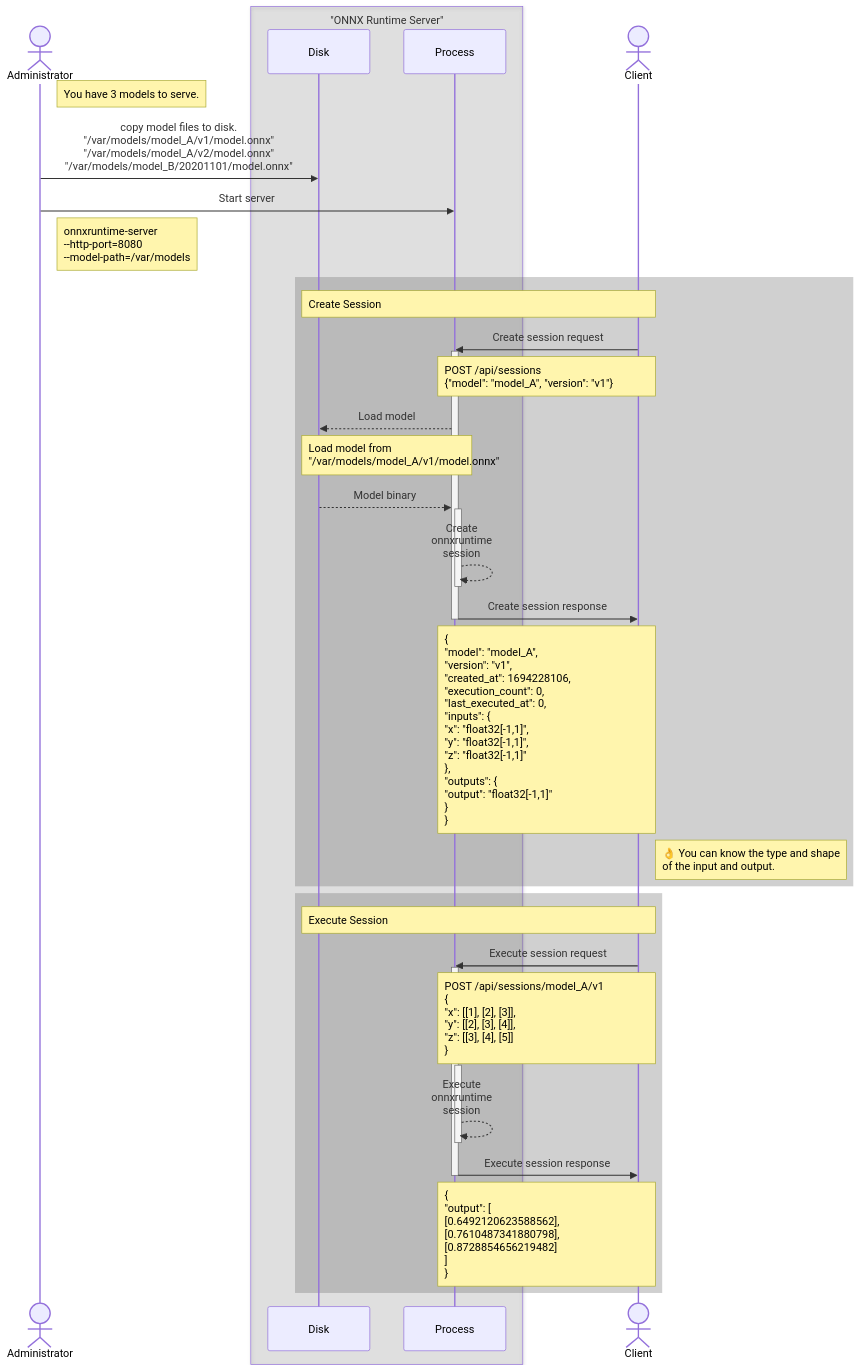
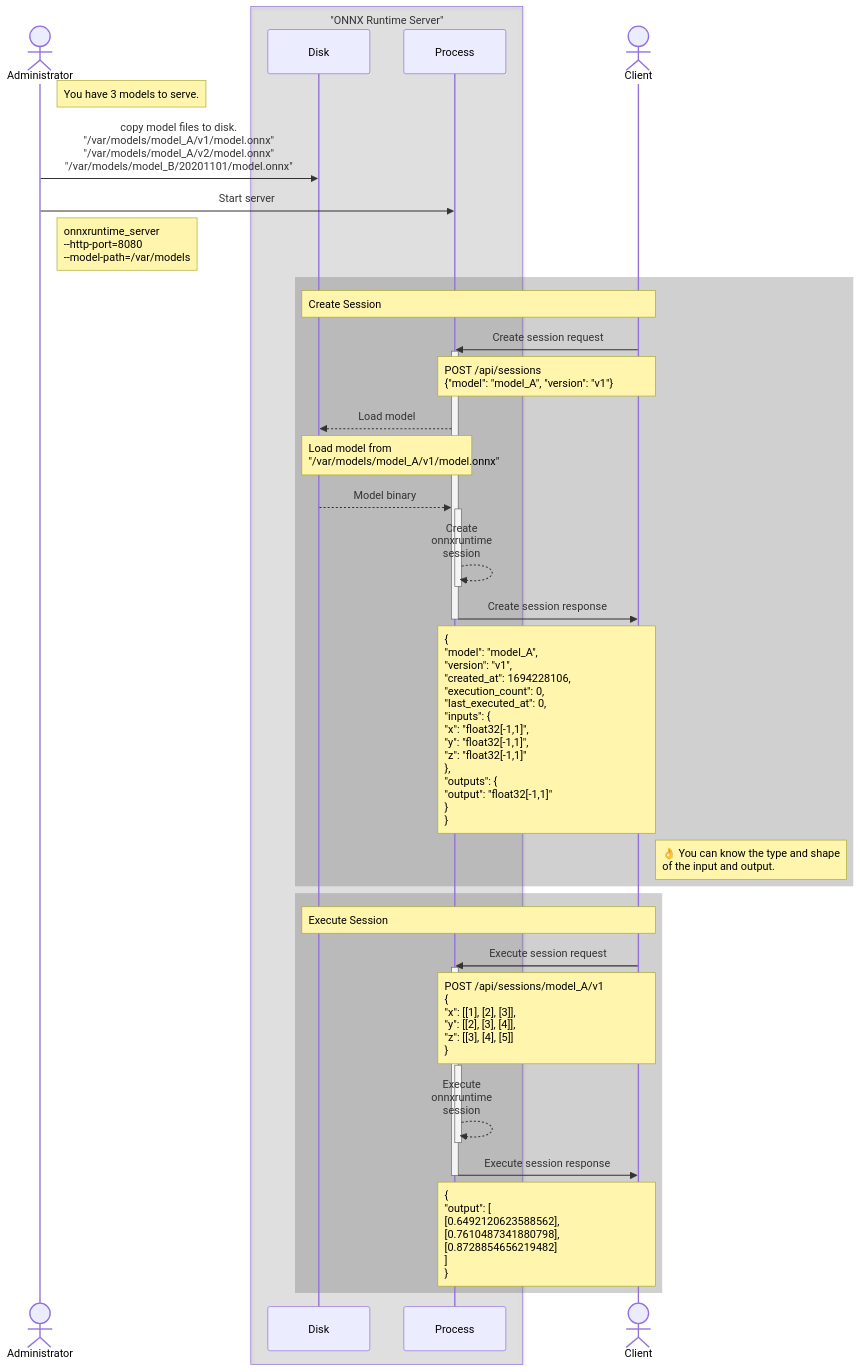
Before and after one commit to kibae/onnxruntime-server: the second of 2 diagrams in README.md, drawn with Mermaid. The commit also changed other lines of this file and 12 other files, not shown here.

````diff
--- a/README.md
+++ b/README.md
@@ -188,44 +190,44 @@
 ```mermaid
 %%{init: {
     'sequence': {'noteAlign': 'left', 'mirrorActors': true}
 }}%%
 sequenceDiagram
     actor A as Administrator
     box rgb(0, 0, 0, 0.1) "ONNX Runtime Server"
         participant SD as Disk
         participant SP as Process
     end
     actor C as Client
     Note right of A: You have 3 models to serve.
     A ->> SD: copy model files to disk.<br />"/var/models/model_A/v1/model.onnx"<br />"/var/models/model_A/v2/model.onnx"<br />"/var/models/model_B/20201101/model.onnx"
     A ->> SP: Start server
-    Note right of A: onnxruntime-server<br />--http-port=8080<br />--model-path=/var/models
+    Note right of A: onnxruntime_server<br />--http-port=8080<br />--model-path=/var/models
     rect rgb(100, 100, 100, 0.3)
         Note over SD, C: Create Session
         C ->> SP: Create session request
         activate SP
         Note over SP, C: POST /api/sessions<br />{"model": "model_A", "version": "v1"}
         SP -->> SD: Load model
         Note over SD, SP: Load model from<br />"/var/models/model_A/v1/model.onnx"
         SD -->> SP: Model binary
         activate SP
         SP -->> SP: Create<br />onnxruntime<br />session
         deactivate SP
         SP ->> C: Create session response
         deactivate SP
         Note over SP, C: {<br />"model": "model_A",<br />"version": "v1",<br />"created_at": 1694228106,<br />"execution_count": 0,<br />"last_executed_at": 0,<br />"inputs": {<br />"x": "float32[-1,1]",<br />"y": "float32[-1,1]",<br />"z": "float32[-1,1]"<br />},<br />"outputs": {<br />"output": "float32[-1,1]"<br />}<br />}
         Note right of C: 👌 You can know the type and shape<br />of the input and output.
     end
     rect rgb(100, 100, 100, 0.3)
         Note over SD, C: Execute Session
         C ->> SP: Execute session request
         activate SP
         Note over SP, C: POST /api/sessions/model_A/v1<br />{<br />"x": [[1], [2], [3]],<br />"y": [[2], [3], [4]],<br />"z": [[3], [4], [5]]<br />}
         activate SP
         SP -->> SP: Execute<br />onnxruntime<br />session
         deactivate SP
         SP ->> C: Execute session response
         deactivate SP
         Note over SP, C: {<br />"output": [<br />[0.6492120623588562],<br />[0.7610487341880798],<br />[0.8728854656219482]<br />]<br />}
     end
 ```
````
